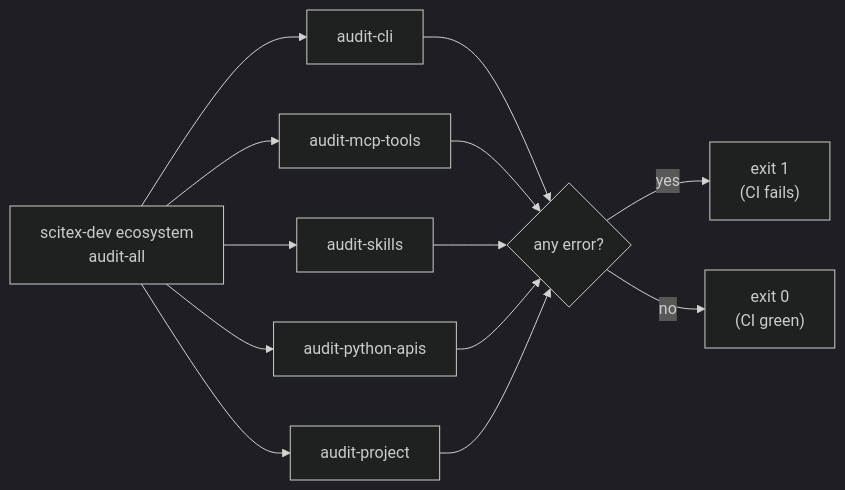
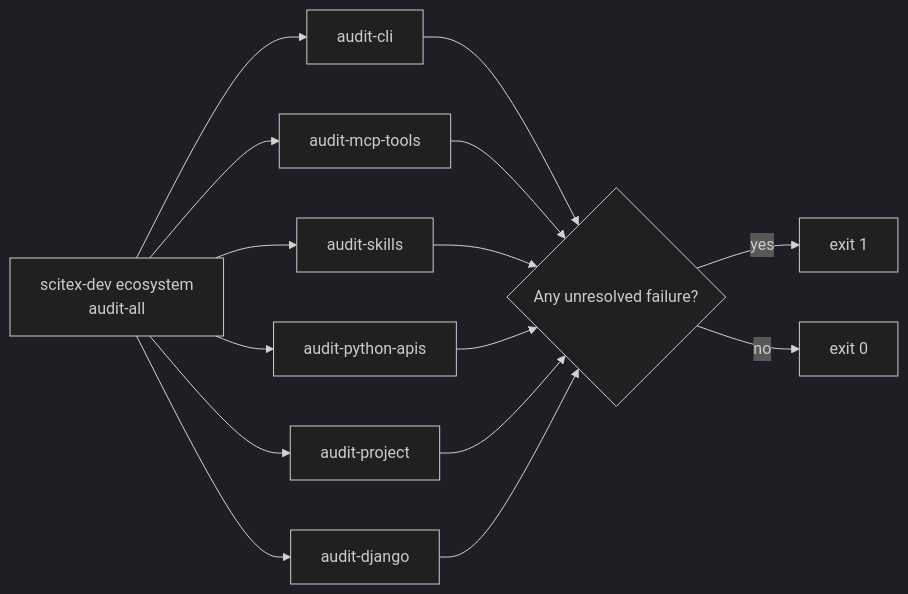
Before and after one commit to scitex-ai/scitex-dev: the diagram in README.md, drawn with Mermaid (dark theme). The commit also changed other lines of this file and 1 other file, not shown here.

Commit message:
Align README and rule comments with actual audit and release contracts

````diff
--- a/README.md
+++ b/README.md
@@ -109,11 +113,12 @@
 ```mermaid
 flowchart LR
     A["scitex-dev ecosystem<br/>audit-all <pkg>"] --> B[audit-cli]
     A --> C[audit-mcp-tools]
     A --> D[audit-skills]
     A --> E[audit-python-apis]
     A --> F[audit-project]
-    B & C & D & E & F --> G{any error?}
-    G -- "yes" --> H["exit 1<br/>(CI fails)"]
-    G -- "no" --> I["exit 0<br/>(CI green)"]
+    A --> G[audit-django]
+    B & C & D & E & F & G --> H{Any unresolved failure?}
+    H -- "yes" --> I["exit 1"]
+    H -- "no" --> J["exit 0"]
 ```
````
